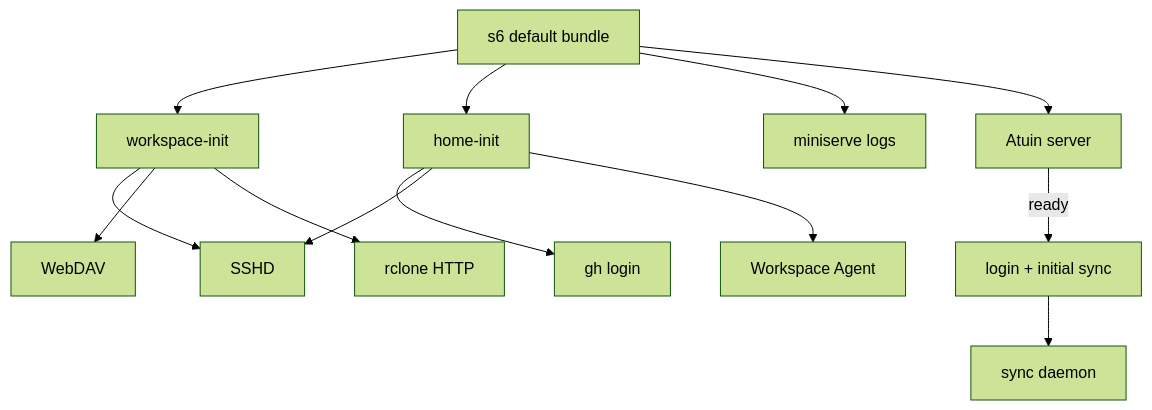
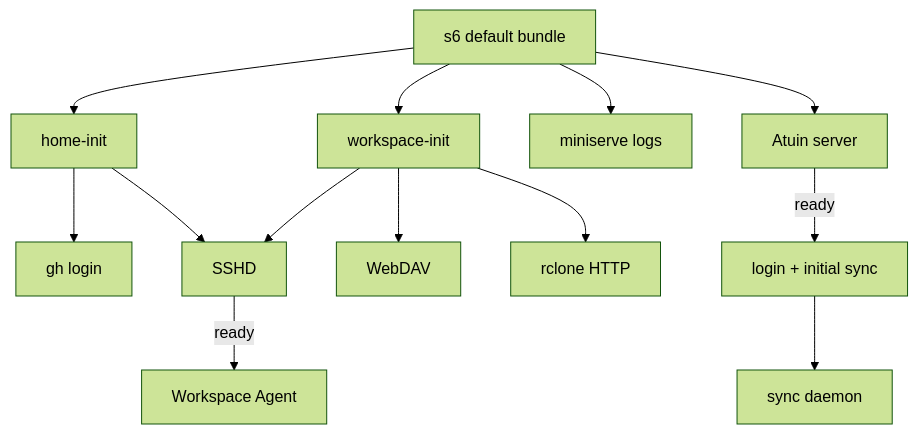
One commit to curoky/codespace changed the second of 3 diagrams in platform/container/workspace/DESIGN.md. Above: the diagram before and after it, drawn with Mermaid (forest theme). The commit also changed other lines of this file and 50 other files, not shown here.

````diff
--- a/platform/container/workspace/DESIGN.md
+++ b/platform/container/workspace/DESIGN.md
@@ -35,15 +35,15 @@
 ```mermaid
 flowchart TD
     Default["s6 default bundle"] --> Data["workspace-init"]
     Default --> Home["home-init"]
     Home --> GitHubLogin["gh login"]
+    Home --> SSHD
     Data --> SSHD
-    Home --> SSHD
     Data --> WebDAV
     Data --> HTTP["rclone HTTP"]
     Default --> Logs["miniserve logs"]
-    Home --> Agent["Workspace Agent"]
+    SSHD -->|ready| Agent["Workspace Agent"]
     Default --> AtuinServer["Atuin server"]
     AtuinServer -->|ready| AtuinLogin["login + initial sync"]
     AtuinLogin --> AtuinDaemon["sync daemon"]
 ```
````
